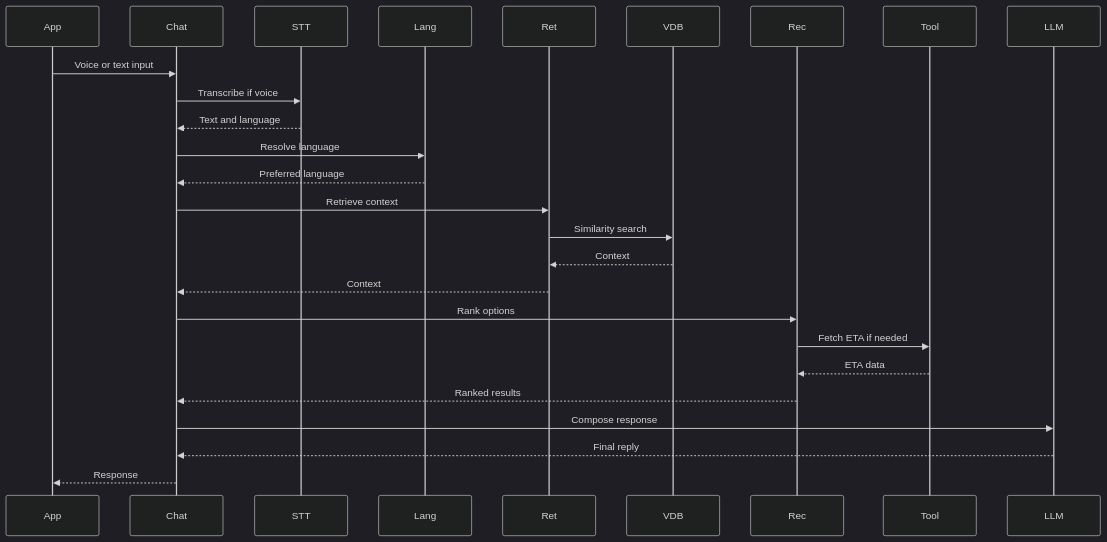
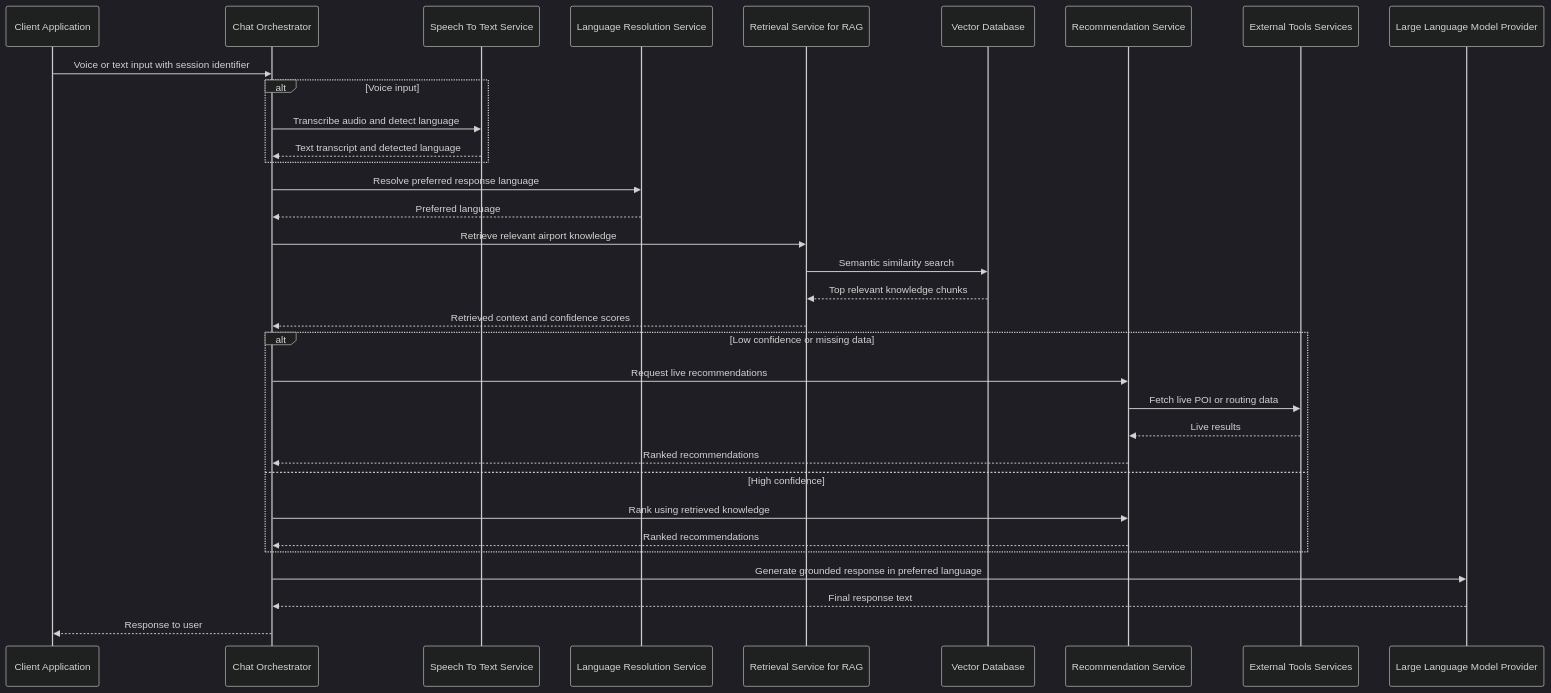
One commit to mukilvarma/AeroGuide-AI changed the third of 3 diagrams in docs/LLD.md. Above: the diagram before and after it, drawn with Mermaid (dark theme).

Commit message:
Enhance chat sequence diagram with detailed participants

````diff
--- a/docs/LLD.md
+++ b/docs/LLD.md
@@ -326,29 +326,41 @@
 ```mermaid
 sequenceDiagram
-  participant App
-  participant Chat
-  participant STT
-  participant Lang
-  participant Ret
-  participant VDB
-  participant Rec
-  participant Tool
-  participant LLM
+  participant App as Client Application
+  participant Chat as Chat Orchestrator
+  participant STT as Speech To Text Service
+  participant Lang as Language Resolution Service
+  participant Ret as Retrieval Service for RAG
+  participant VDB as Vector Database
+  participant Rec as Recommendation Service
+  participant Tool as External Tools Services
+  participant LLM as Large Language Model Provider
 
-  App->>Chat: Voice or text input
-  Chat->>STT: Transcribe if voice
-  STT-->>Chat: Text and language
-  Chat->>Lang: Resolve language
+  App->>Chat: Voice or text input with session identifier
+
+  alt Voice input
+    Chat->>STT: Transcribe audio and detect language
+    STT-->>Chat: Text transcript and detected language
+  end
+
+  Chat->>Lang: Resolve preferred response language
   Lang-->>Chat: Preferred language
-  Chat->>Ret: Retrieve context
-  Ret->>VDB: Similarity search
-  VDB-->>Ret: Context
-  Ret-->>Chat: Context
-  Chat->>Rec: Rank options
-  Rec->>Tool: Fetch ETA if needed
-  Tool-->>Rec: ETA data
-  Rec-->>Chat: Ranked results
-  Chat->>LLM: Compose response
-  LLM-->>Chat: Final reply
-  Chat-->>App: Response
+
+  Chat->>Ret: Retrieve relevant airport knowledge
+  Ret->>VDB: Semantic similarity search
+  VDB-->>Ret: Top relevant knowledge chunks
+  Ret-->>Chat: Retrieved context and confidence scores
+
+  alt Low confidence or missing data
+    Chat->>Rec: Request live recommendations
+    Rec->>Tool: Fetch live POI or routing data
+    Tool-->>Rec: Live results
+    Rec-->>Chat: Ranked recommendations
+  else High confidence
+    Chat->>Rec: Rank using retrieved knowledge
+    Rec-->>Chat: Ranked recommendations
+  end
+
+  Chat->>LLM: Generate grounded response in preferred language
+  LLM-->>Chat: Final response text
+  Chat-->>App: Response to user
 ```
````
